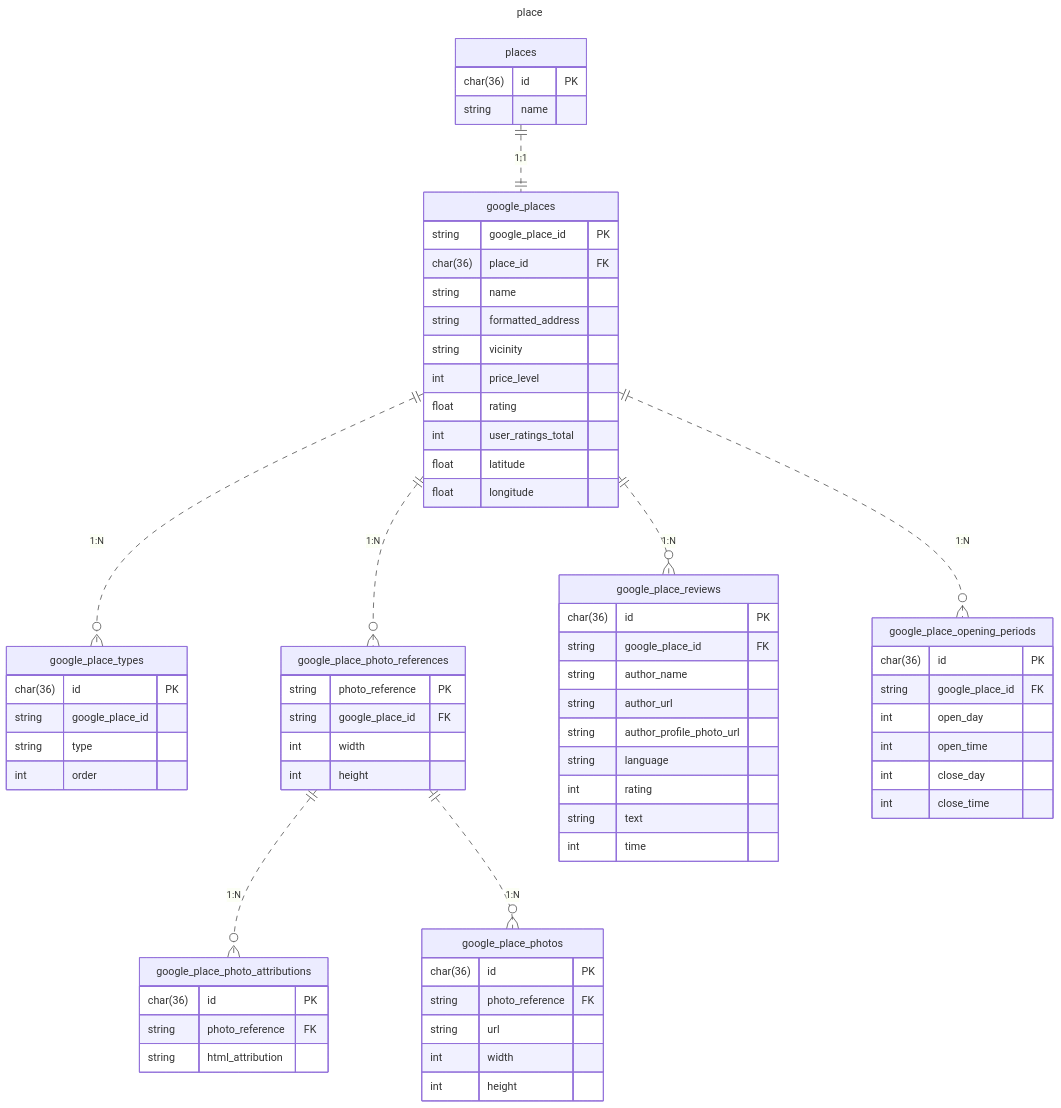
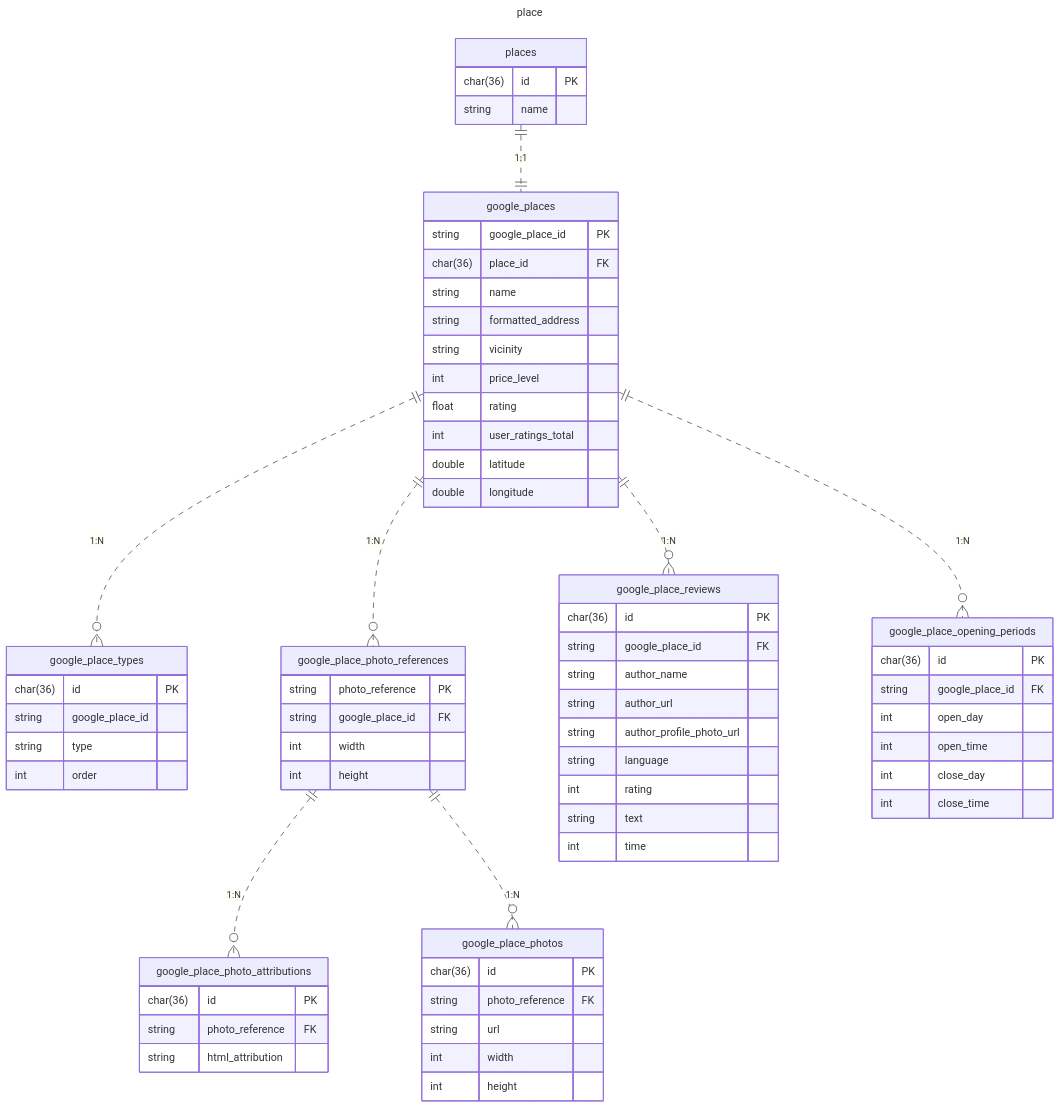
The second of 2 diagrams in doc/database/er.md (poroto-app/planner), drawn with Mermaid before and after one commit. The commit also changed 1 other file, not shown here.

Commit message:
feat(db): 緯度・経度の型をdouble型にする

````diff
--- a/doc/database/er.md
+++ b/doc/database/er.md
@@ -19,80 +19,80 @@
 ```mermaid
 ---
 title: place
 ---
 erDiagram
     places {
         char(36) id PK
         string name
     }
 
     google_places {
         string google_place_id PK
         char(36) place_id FK
         string name
         string formatted_address
         string vicinity
         int price_level
         float rating
         int user_ratings_total
-        float latitude
-        float longitude
+        double latitude
+        double longitude
     }
 
     google_place_types {
         char(36) id PK
         string google_place_id
         string type
         int order
     }
 
     google_place_photo_references {
         string photo_reference PK
         string google_place_id FK
         int width
         int height
     }
 
     google_place_photos {
         char(36) id PK
         string photo_reference FK
         string url
         int width
         int height
     }
 
     google_place_photo_attributions {
         char(36) id PK
         string photo_reference FK
         string html_attribution
     }
 
     google_place_reviews {
         char(36) id PK
         string google_place_id FK
         string author_name
         string author_url
         string author_profile_photo_url
         string language
         int rating
         string text
         int time
     }
 
     google_place_opening_periods {
         char(36) id PK
         string google_place_id FK
         int open_day
         int open_time
         int close_day
         int close_time
     }
 
     places ||..|| google_places: "1:1"
     google_places ||..o{ google_place_types: "1:N"
     google_places ||..o{ google_place_photo_references: "1:N"
     google_places ||..o{ google_place_opening_periods: "1:N"
     google_place_photo_references ||..o{ google_place_photo_attributions: "1:N"
     google_place_photo_references ||..o{ google_place_photos: "1:N"
     google_places ||..o{ google_place_reviews: "1:N"
 ```
````
